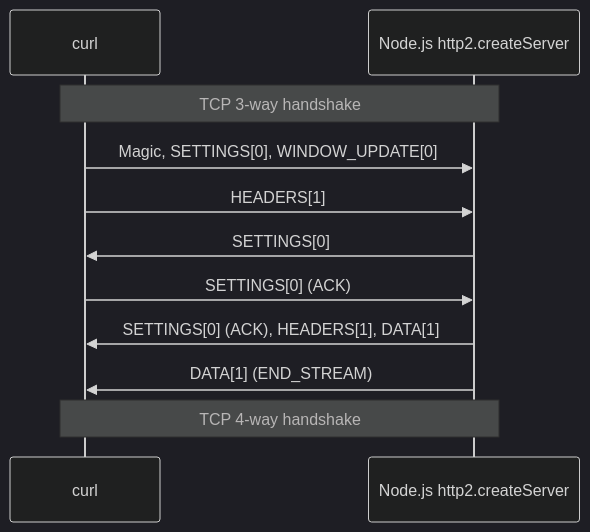
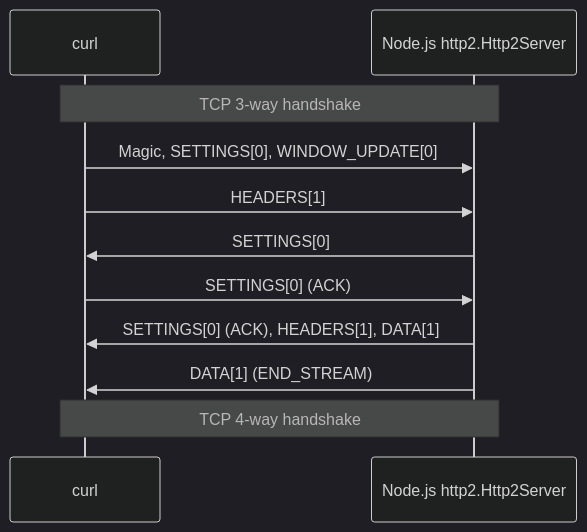
The diagram in docs/http/http-2-raw-bytes.md (samuel871211/yusheng-tech-blog), drawn with Mermaid (dark theme) before and after one commit. The commit also changed 2 other files, not shown here.

````diff
--- a/docs/http/http-2-raw-bytes.md
+++ b/docs/http/http-2-raw-bytes.md
@@ -32,14 +32,14 @@
 ```mermaid
 sequenceDiagram
   participant c as curl
-  participant s as Node.js http2.createServer
+  participant s as Node.js http2.Http2Server
 
   Note over c,s: TCP 3-way handshake
   c ->> s: Magic, SETTINGS[0], WINDOW_UPDATE[0]
   c ->> s: HEADERS[1]
   s ->> c: SETTINGS[0]
   c ->> s: SETTINGS[0] (ACK)
   s ->> c: SETTINGS[0] (ACK), HEADERS[1], DATA[1]
   s ->> c: DATA[1] (END_STREAM)
   Note over c,s: TCP 4-way handshake
 ```
````
